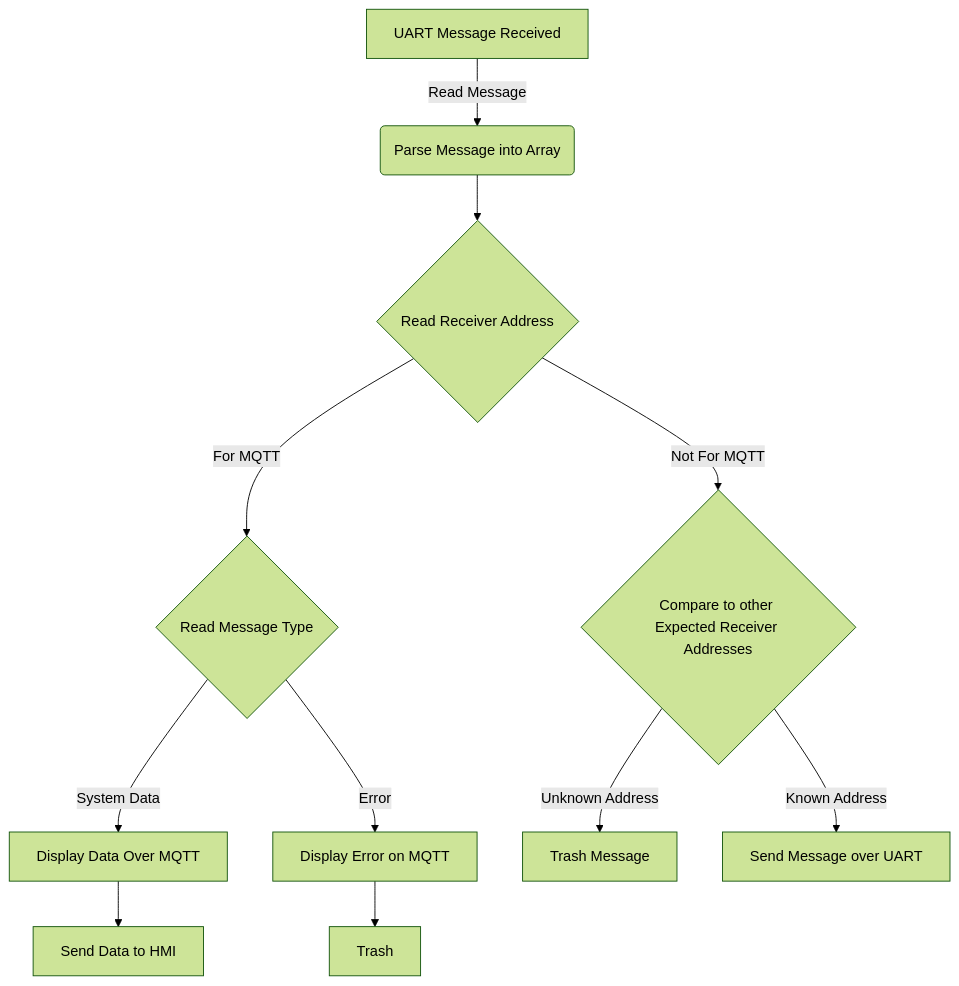
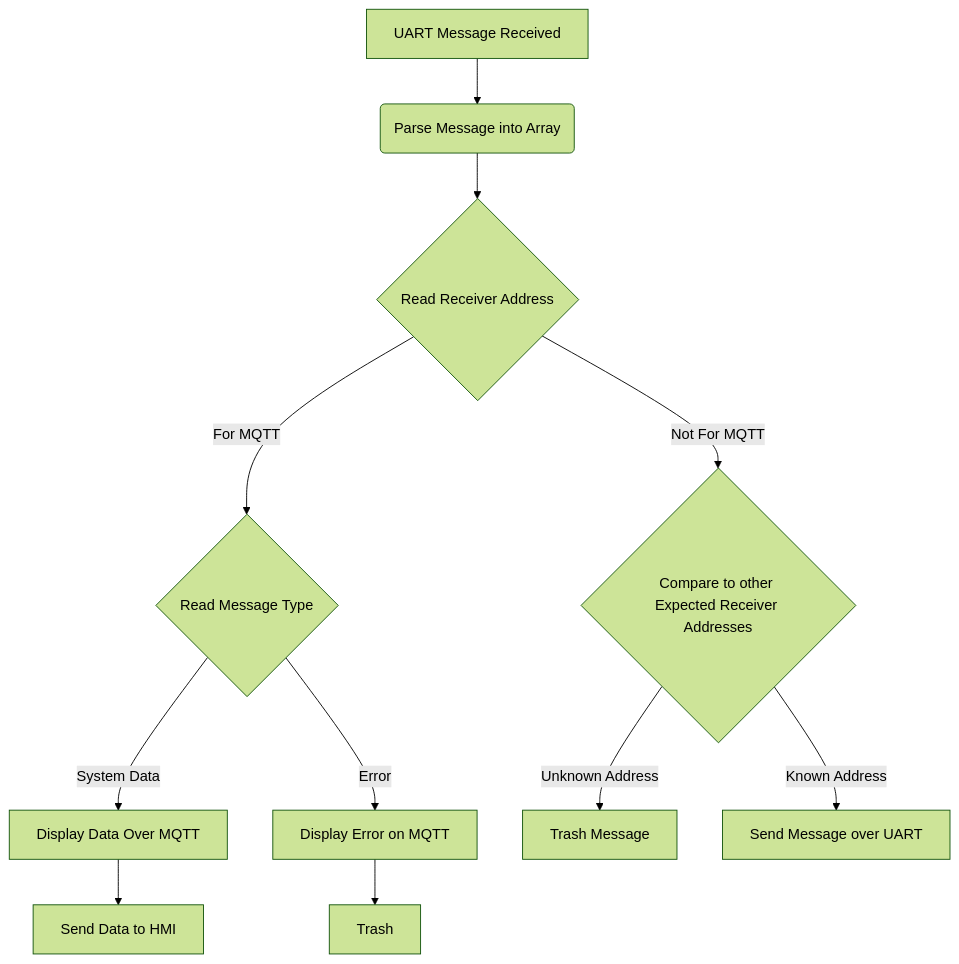
Before and after one commit to kirkvolin/kirkvolin.github.io: the first of 2 diagrams in docs/API.md, drawn with Mermaid (forest theme). The commit also changed other lines of this file, not shown here.

````diff
--- a/docs/API.md
+++ b/docs/API.md
@@ -113,10 +113,10 @@
 ```mermaid
 flowchart TD
-    A[UART Message Received] -->|Read Message| B(Parse Message into Array)
+    A[UART Message Received] --> B(Parse Message into Array)
     B --> C{Read Receiver Address}
     C -->|For MQTT| D{Read Message Type} -->|System Data| G[Display Data Over MQTT] --> I[Send Data to HMI]
     D -->|Error| J[Display Error on MQTT] --> K[Trash]
     C -->|Not For MQTT| E{Compare to other Expected Receiver Addresses} -->|Unknown Address| H[Trash Message]
     E-->|Known Address|L[Send Message over UART]
   
 ```
````
